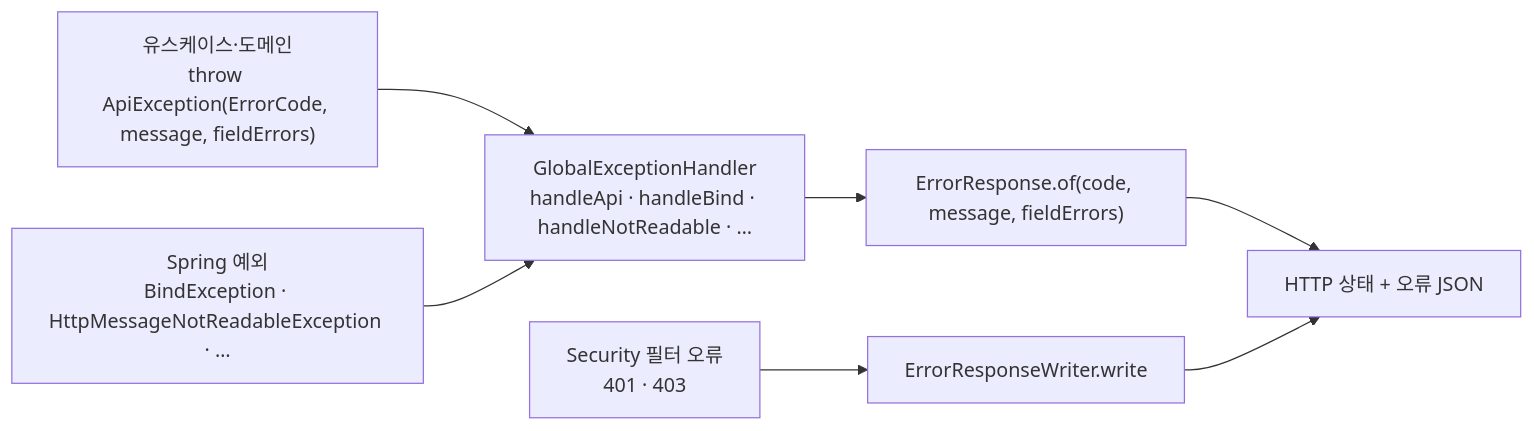
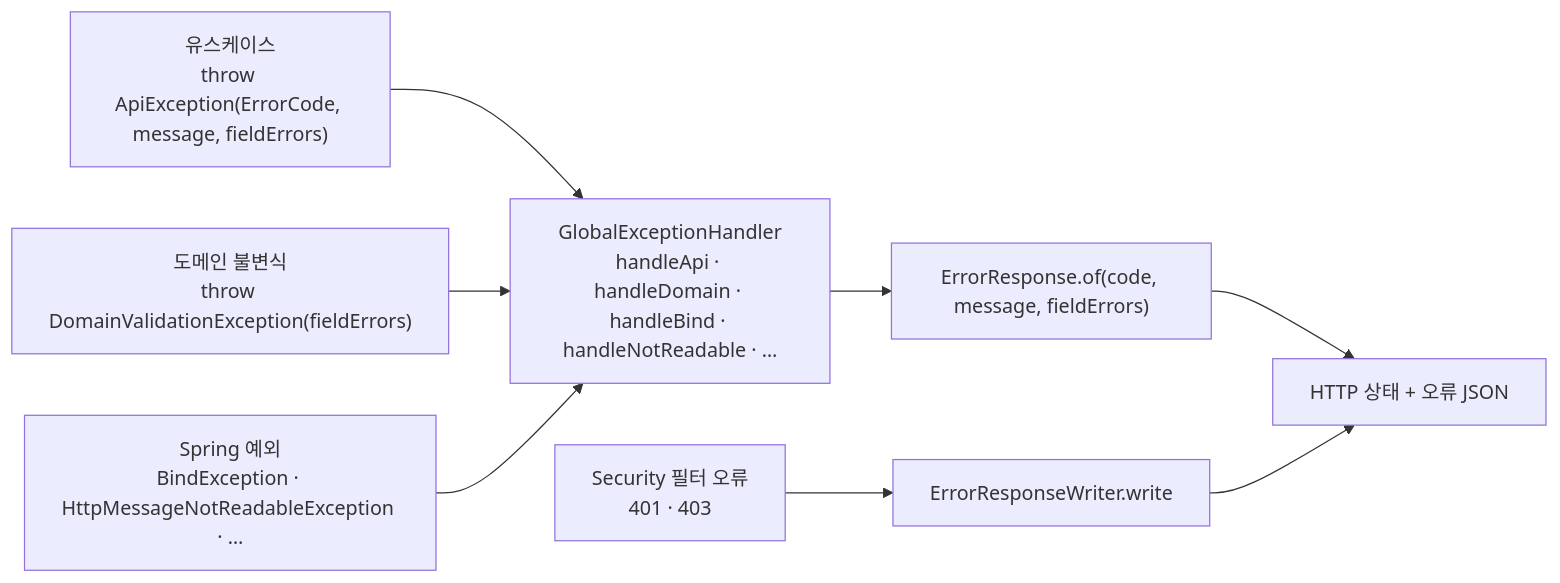
Before and after one commit to showzone83/wearly: the third of 10 diagrams in doc/10_백엔드_흐름.md, drawn with Mermaid. The commit also changed other lines of this file and 2 other files, not shown here.

````diff
--- a/doc/10_백엔드_흐름.md
+++ b/doc/10_백엔드_흐름.md
@@ -137,7 +144,8 @@
 ```mermaid
 flowchart LR
-  S["유스케이스·도메인<br/>throw ApiException(ErrorCode, message, fieldErrors)"] --> G["GlobalExceptionHandler<br/>handleApi · handleBind · handleNotReadable · …"]
+  S["유스케이스<br/>throw ApiException(ErrorCode, message, fieldErrors)"] --> G["GlobalExceptionHandler<br/>handleApi · handleDomain · handleBind · handleNotReadable · …"]
+  D["도메인 불변식<br/>throw DomainValidationException(fieldErrors)"] --> G
   F["Spring 예외<br/>BindException · HttpMessageNotReadableException · …"] --> G
   G --> R["ErrorResponse.of(code, message, fieldErrors)"] --> J["HTTP 상태 + 오류 JSON"]
   SEC["Security 필터 오류<br/>401 · 403"] --> W["ErrorResponseWriter.write"] --> J
 ```
````
